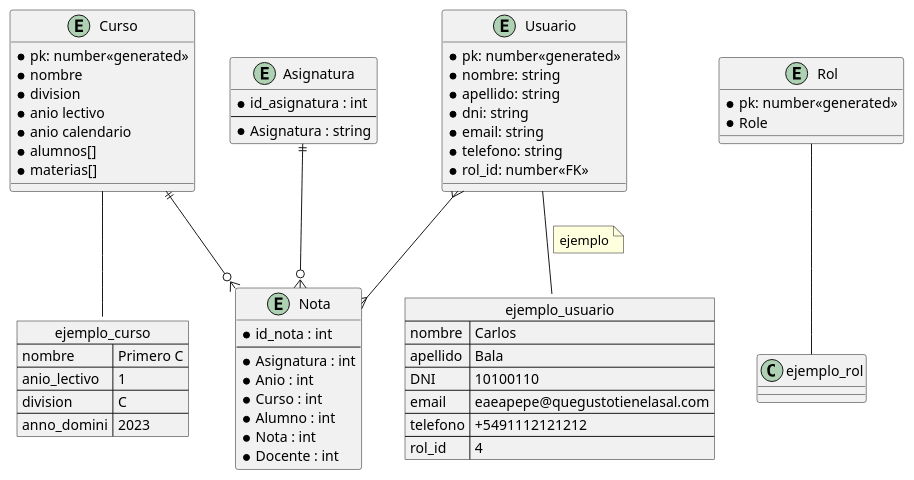
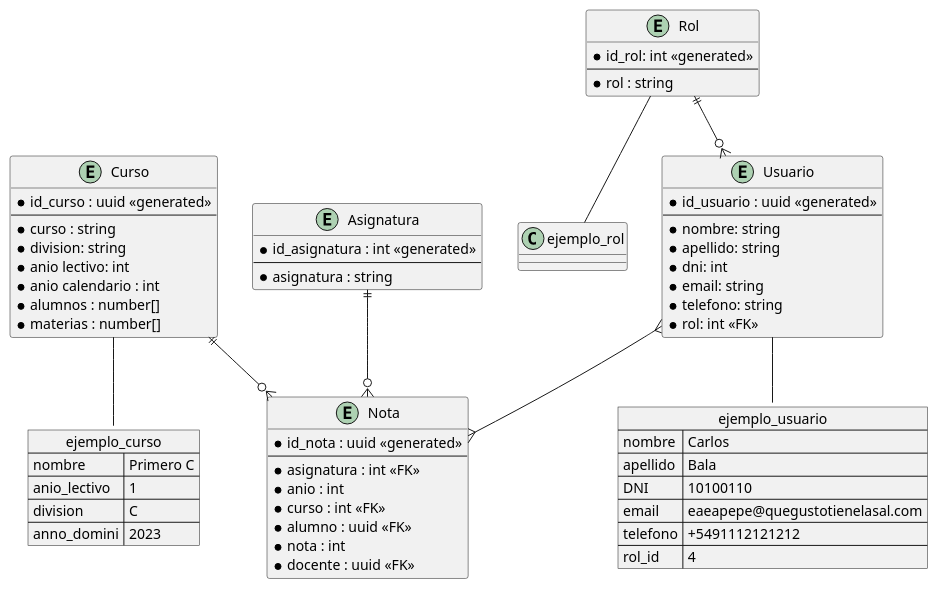
Before and after one commit to aragornz325/escuelas: the diagram in README.md, drawn with PlantUML.

````diff
--- a/README.md
+++ b/README.md
@@ -3,75 +3,76 @@
 ```plantuml
 @startuml
 allow_mixing
 
 entity Curso {
-  * pk: number<<generated>>
-  * nombre
-  * division
-  * anio lectivo
-  * anio calendario
-  * alumnos[]
-  * materias[]
+  * id_curso : uuid <<generated>>
+  --
+  * curso : string
+  * division: string
+  * anio lectivo: int
+  * anio calendario : int
+  * alumnos : number[]
+  * materias : number[]
 }
 
 entity Usuario {
-  * pk: number<<generated>>
+  * id_usuario : uuid <<generated>>
+  --
   * nombre: string
   * apellido: string
-  * dni: string
+  * dni: int
   * email: string
   * telefono: string
-  * rol_id: number<<FK>>
+  * rol: int <<FK>>
 }
 
 entity Rol {
- * pk: number<<generated>>
- * Role
+ * id_rol: int <<generated>>
+ --
+ * rol : string
 }
 
 entity "Asignatura" {
-  * id_asignatura : int
+  * id_asignatura : int <<generated>>
   --
-  * Asignatura : string
+  * asignatura : string
 }
 
 entity "Nota" {
-  * id_nota : int
+  * id_nota : uuid <<generated>>
   --
-  * Asignatura : int
-  * Anio : int
-  * Curso : int
-  * Alumno : int
-  * Nota : int
-  * Docente : int
+  * asignatura : int <<FK>>
+  * anio : int
+  * curso : int <<FK>>
+  * alumno : uuid <<FK>>
+  * nota : int
+  * docente : uuid <<FK>>
 }
 
 json ejemplo_usuario{
   "nombre": "Carlos",
   "apellido": "Bala",
   "DNI": "10100110",
   "email": "eaeapepe@quegustotienelasal.com",
   "telefono": "+5491112121212",
   "rol_id": 4
 }
 
 json ejemplo_curso {
    "nombre":"Primero C",
    "anio_lectivo":"1",
    "division":"C",
    "anno_domini":"2023"
 }
 
 Usuario }--{ Nota
+Rol ||--o{ Usuario
 Asignatura ||--o{ Nota
 Curso ||--o{ Nota
 
 Rol -- ejemplo_rol
 Curso -- ejemplo_curso
 Usuario -- ejemplo_usuario
-note on link
-ejemplo
-end note
 
 @enduml
 ```
````
